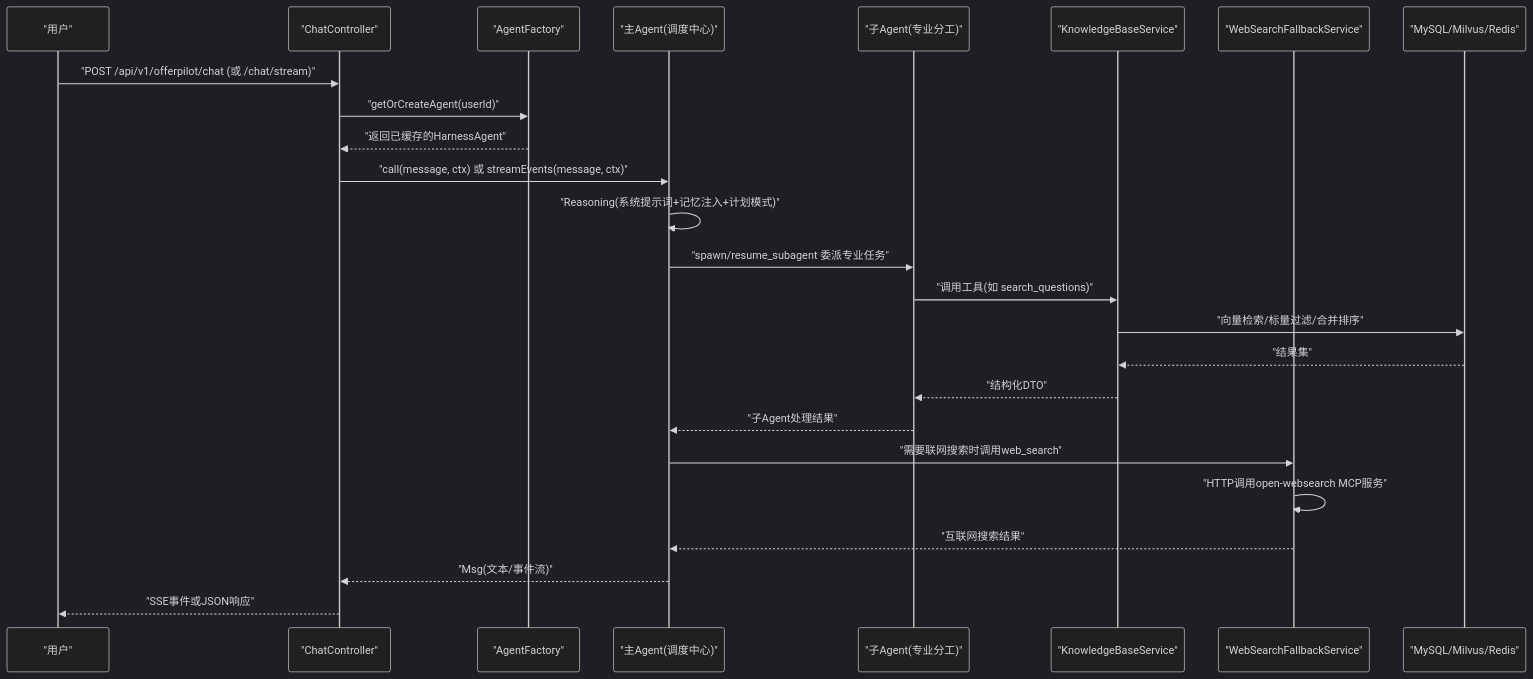
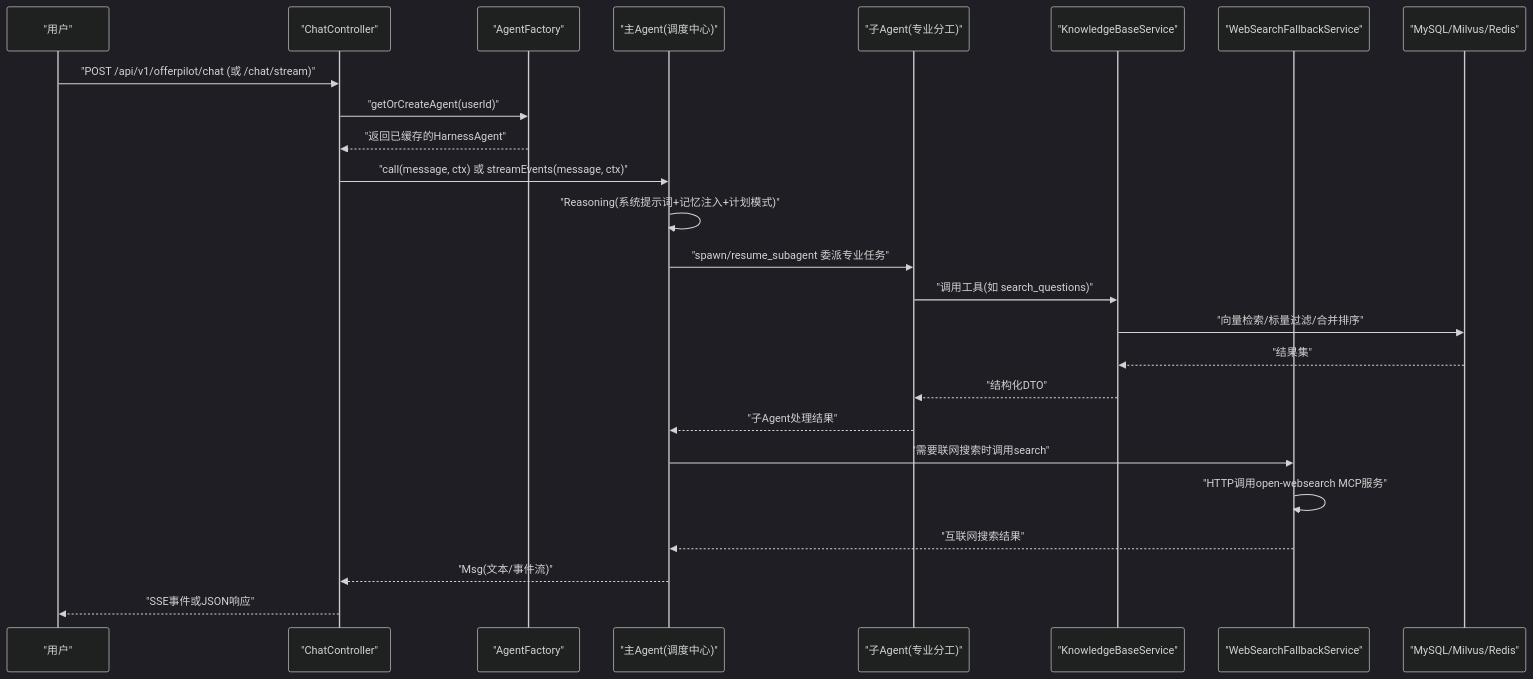
Before and after one commit to Miss-zhi/OfferPilot: the second of 8 diagrams in .qoder/repowiki/zh/content/AgentScope 核心机制深度解析.md, drawn with Mermaid (dark theme). The commit also changed other lines of this file and 35 other files, not shown here.

````diff
--- a/.qoder/repowiki/zh/content/AgentScope 核心机制深度解析.md
+++ b/.qoder/repowiki/zh/content/AgentScope 核心机制深度解析.md
@@ -127,27 +127,27 @@
 ```mermaid
 sequenceDiagram
 participant U as "用户"
 participant C as "ChatController"
 participant F as "AgentFactory"
 participant A as "主Agent(调度中心)"
 participant SA as "子Agent(专业分工)"
 participant K as "KnowledgeBaseService"
 participant W as "WebSearchFallbackService"
 participant DB as "MySQL/Milvus/Redis"
 U->>C : "POST /api/v1/offerpilot/chat (或 /chat/stream)"
 C->>F : "getOrCreateAgent(userId)"
 F-->>C : "返回已缓存的HarnessAgent"
 C->>A : "call(message, ctx) 或 streamEvents(message, ctx)"
 A->>A : "Reasoning(系统提示词+记忆注入+计划模式)"
 A->>SA : "spawn/resume_subagent 委派专业任务"
 SA->>K : "调用工具(如 search_questions)"
 K->>DB : "向量检索/标量过滤/合并排序"
 DB-->>K : "结果集"
 K-->>SA : "结构化DTO"
 SA-->>A : "子Agent处理结果"
-A->>W : "需要联网搜索时调用web_search"
+A->>W : "需要联网搜索时调用search"
 W->>W : "HTTP调用open-websearch MCP服务"
 W-->>A : "互联网搜索结果"
 A-->>C : "Msg(文本/事件流)"
 C-->>U : "SSE事件或JSON响应"
 ```
````
